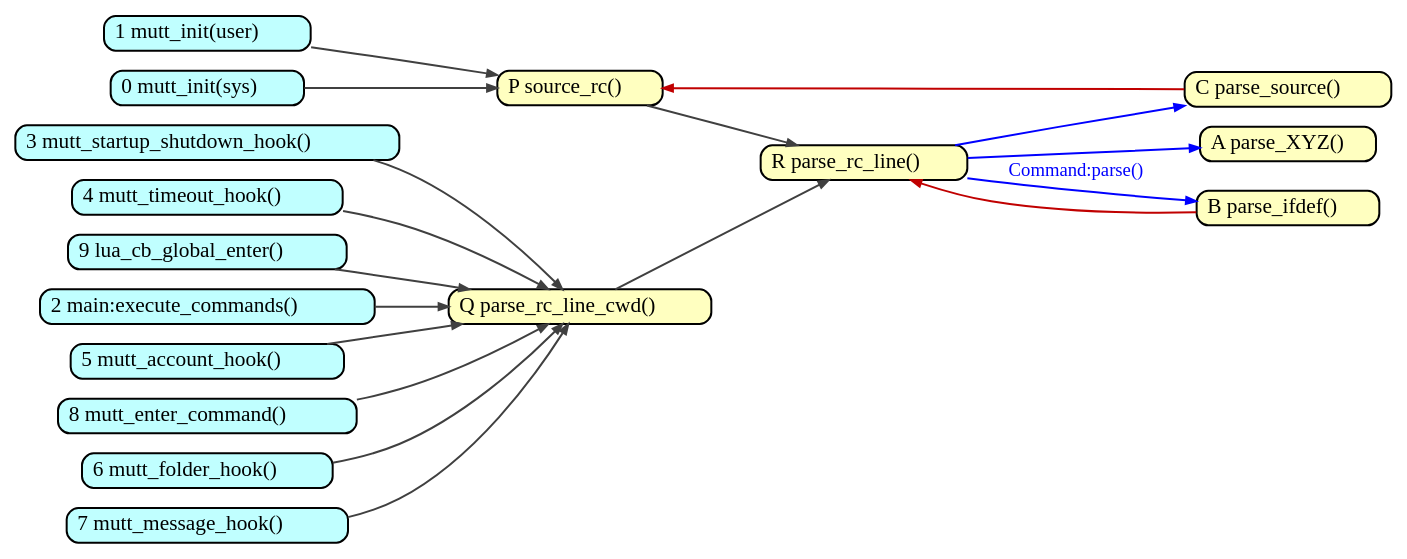
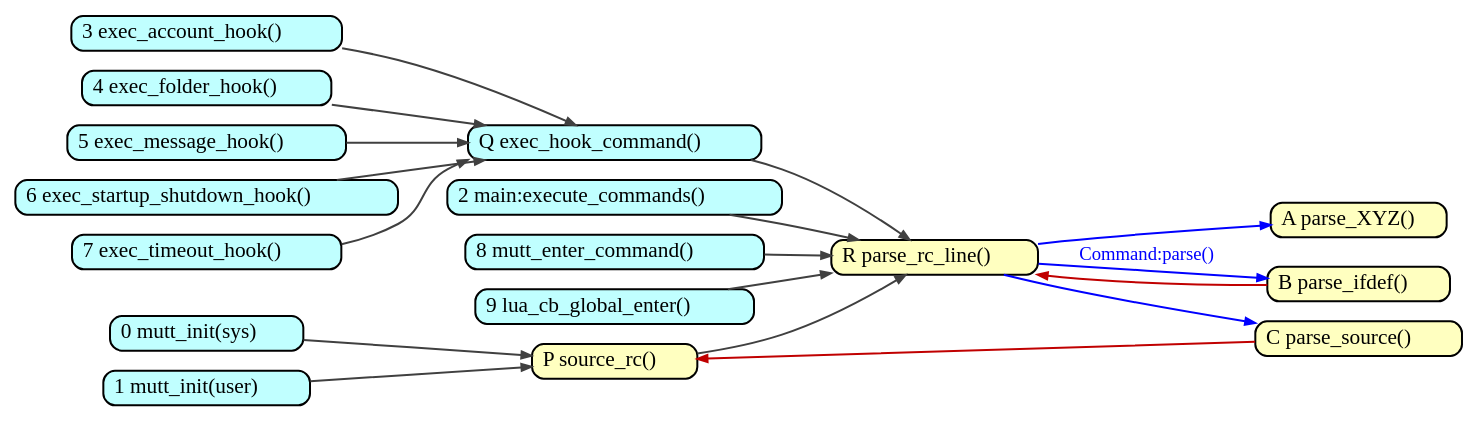
The diagram in commands/parse.gv (neomutt/flatcap-brain-dump), drawn with Graphviz before and after one commit. The commit also changed 4 other files, not shown here.

```diff
--- a/commands/parse.gv
+++ b/commands/parse.gv
@@ -1,73 +1,71 @@
 digraph callgraph {
 	graph [
 		rankdir="LR"
 		nodesep="0.2"
 		ranksep="0.5"
 		compound="true"
 	]
 
 	node [
 		shape="Mrecord"
 		fontsize="16"
 		fillcolor="#ffffff"
 		style="filled"
 		height="0.2"
 		penwidth="1.5"
 		color="black"
 	]
 
 	edge [
 		penwidth="1.5"
 		arrowsize="0.75"
 		color="#404040"
 	]
 
 	// External functions
 	node [ fillcolor="#c0ffff" ]
+	exec_hook_command          [ label=<Q exec_hook_command()>          ]
+	mutt_init_sys              [ label=<0 mutt_init(sys)>               ]
+	mutt_init_user             [ label=<1 mutt_init(user)>              ]
+	main_execute_commands      [ label=<2 main:execute_commands()>      ]
+	exec_account_hook          [ label=<3 exec_account_hook()>          ]
+	exec_folder_hook           [ label=<4 exec_folder_hook()>           ]
+	exec_message_hook          [ label=<5 exec_message_hook()>          ]
+	exec_startup_shutdown_hook [ label=<6 exec_startup_shutdown_hook()> ]
+	exec_timeout_hook          [ label=<7 exec_timeout_hook()>          ]
+	mutt_enter_command         [ label=<8 mutt_enter_command()>         ]
 	lua_cb_global_enter        [ label=<9 lua_cb_global_enter()>        ]
-	main_execute_commands      [ label=<2 main:execute_commands()>      ]
-	mutt_account_hook          [ label=<5 mutt_account_hook()>          ]
-	mutt_enter_command         [ label=<8 mutt_enter_command()>         ]
-	mutt_folder_hook           [ label=<6 mutt_folder_hook()>           ]
-	mutt_init_user             [ label=<1 mutt_init(user)>              ]
-	mutt_init_sys              [ label=<0 mutt_init(sys)>               ]
-	mutt_message_hook          [ label=<7 mutt_message_hook()>          ]
-	mutt_startup_shutdown_hook [ label=<3 mutt_startup_shutdown_hook()> ]
-	mutt_timeout_hook          [ label=<4 mutt_timeout_hook()>          ]
-
-	{ rank=same mutt_account_hook mutt_folder_hook mutt_message_hook mutt_startup_shutdown_hook mutt_timeout_hook mutt_init_sys mutt_init_user lua_cb_global_enter main_execute_commands mutt_enter_command }
 
 	// Parts of Parse System
 	node [ fillcolor="#ffffc0" ]
 	source_rc             [ label=<P source_rc()>             ]
-	parse_rc_line_cwd     [ label=<Q parse_rc_line_cwd()>     ]
 	parse_rc_line         [ label=<R parse_rc_line()>         ]
 
 	parse_XYZ             [ label=<A parse_XYZ()>             ]
 	parse_ifdef           [ label=<B parse_ifdef()>           ]
 	parse_source          [ label=<C parse_source()>          ]
 
-	{ rank=same parse_rc_line_cwd source_rc }
+	{ rank=same exec_hook_command source_rc }
 
 	mutt_init_sys  -> source_rc
 	mutt_init_user -> source_rc
 	parse_source   -> source_rc [ color="#c00000" ]
 
-	lua_cb_global_enter   -> parse_rc_line_cwd
-	main_execute_commands -> parse_rc_line_cwd
-	mutt_enter_command    -> parse_rc_line_cwd
+	lua_cb_global_enter   -> parse_rc_line
+	main_execute_commands -> parse_rc_line
+	mutt_enter_command    -> parse_rc_line
 	parse_ifdef           -> parse_rc_line [ color="#c00000" ]
-	parse_rc_line_cwd     -> parse_rc_line
+	exec_hook_command     -> parse_rc_line
 	source_rc             -> parse_rc_line
 
-	parse_rc_line -> parse_ifdef  [ color="#0000ff" label="Command:parse()" fontcolor="#0000ff" ]
-	parse_rc_line -> parse_XYZ    [ color="#0000ff" ]
-	parse_rc_line -> parse_source [ color="#0000ff" ]
+	parse_rc_line -> parse_ifdef     [ color="#0000ff" label="Command:parse()" fontcolor="#0000ff" ]
+	parse_rc_line -> parse_XYZ       [ color="#0000ff" ]
+	parse_rc_line -> parse_source    [ color="#0000ff" ]
 
-	mutt_account_hook          -> parse_rc_line_cwd
-	mutt_folder_hook           -> parse_rc_line_cwd
-	mutt_message_hook          -> parse_rc_line_cwd
-	mutt_startup_shutdown_hook -> parse_rc_line_cwd
-	mutt_timeout_hook          -> parse_rc_line_cwd
+	exec_account_hook          -> exec_hook_command
+	exec_folder_hook           -> exec_hook_command
+	exec_message_hook          -> exec_hook_command
+	exec_startup_shutdown_hook -> exec_hook_command
+	exec_timeout_hook          -> exec_hook_command
 
 }
```
